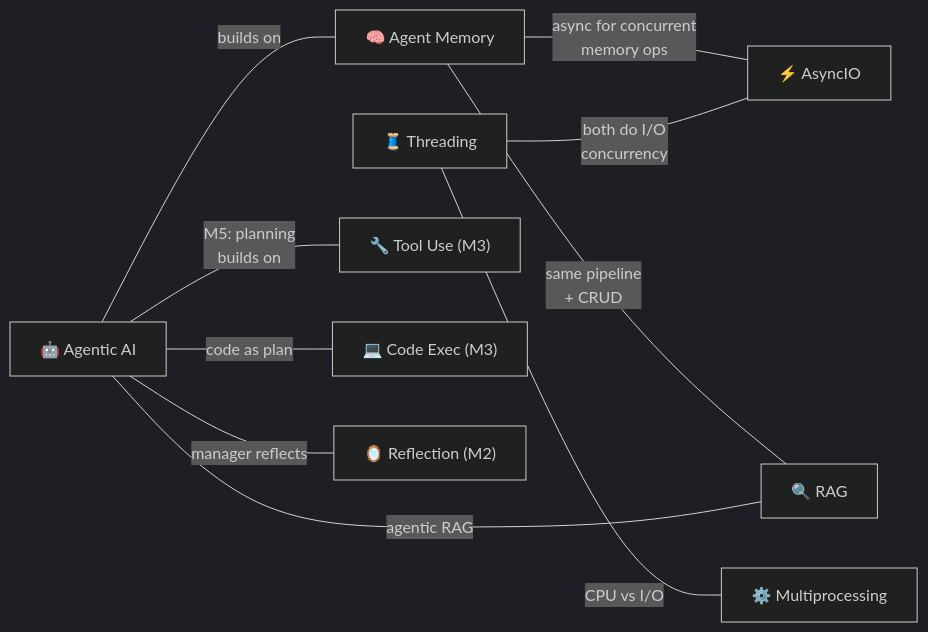
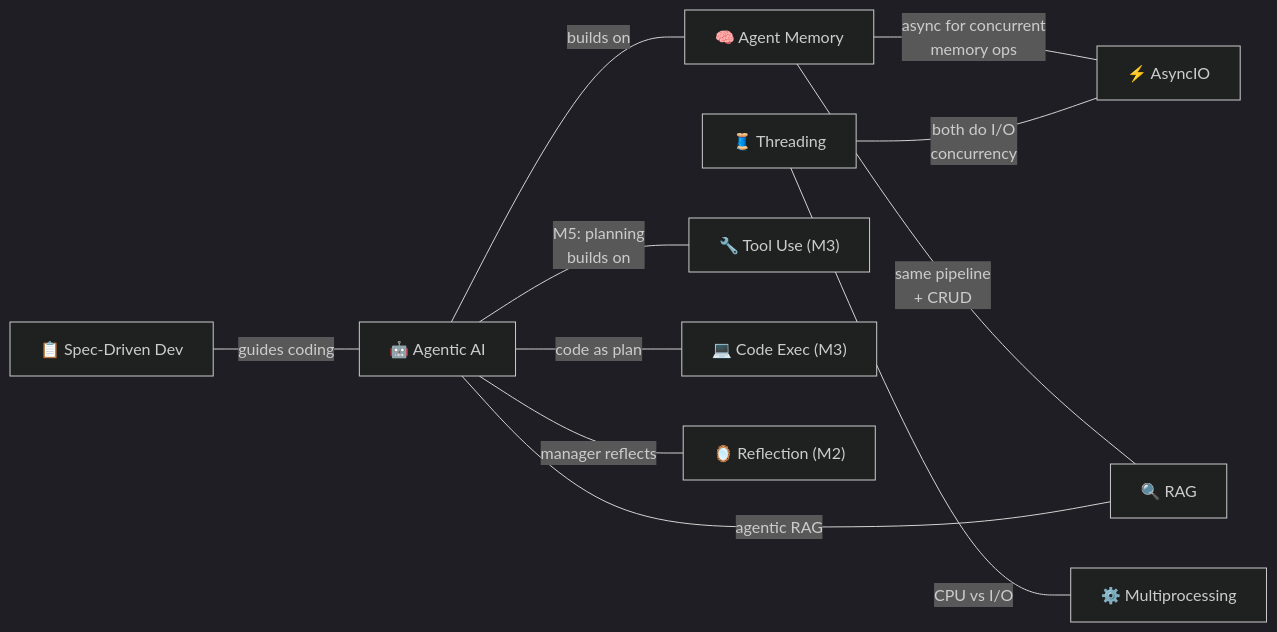
Before and after one commit to AyushSonuu/my-memory: the diagram in _maps/connections.md, drawn with Mermaid (dark theme). The commit also changed other lines of this file and 6 other files, not shown here.

Commit message:
🆕 new topic: Spec-Driven Development — L01 Introduction + 10 flashcards

````diff
--- a/_maps/connections.md
+++ b/_maps/connections.md
@@ -5,19 +5,20 @@
 ```mermaid
 graph LR
     AG["🤖 Agentic AI"]
     AM["🧠 Agent Memory"]
     AIO["⚡ AsyncIO"]
     THR["🧵 Threading"]
     MP["⚙️ Multiprocessing"]
     RAG["🔍 RAG"]
     
     AG ---|"builds on"| AM
     AM ---|"async for concurrent<br/>memory ops"| AIO
     THR ---|"both do I/O<br/>concurrency"| AIO
     THR ---|"CPU vs I/O"| MP
     AM ---|"same pipeline<br/>+ CRUD"| RAG
     AG ---|"agentic RAG"| RAG
+    SDD["📋 Spec-Driven Dev"] ---|"guides coding"| AG
     AG ---|"M5: planning<br/>builds on"| TU["🔧 Tool Use (M3)"]
     AG ---|"code as plan"| CE["💻 Code Exec (M3)"]
     AG ---|"manager reflects"| REF["🪞 Reflection (M2)"]
 ```
````
